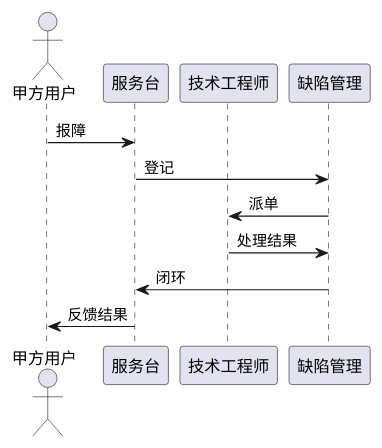
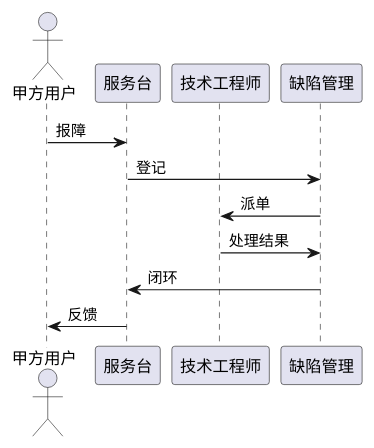
Before and after one commit to cppshooter/cursor: the diagram in prompts/09-售后服务与保障方案.md, drawn with PlantUML. The commit also changed other lines of this file and 15 other files, not shown here.

````diff
--- a/prompts/09-售后服务与保障方案.md
+++ b/prompts/09-售后服务与保障方案.md
@@ -43,14 +45,14 @@
 ```plantuml
 @startuml
 actor 甲方用户
 participant 服务台 as Desk
 participant 技术工程师 as Eng
 participant 缺陷管理 as Bug
 甲方用户 -> Desk : 报障
 Desk -> Bug : 登记
 Bug -> Eng : 派单
 Eng -> Bug : 处理结果
 Bug -> Desk : 闭环
-Desk -> 甲方用户 : 反馈结果
+Desk -> 甲方用户 : 反馈
 @enduml
 ```
````
